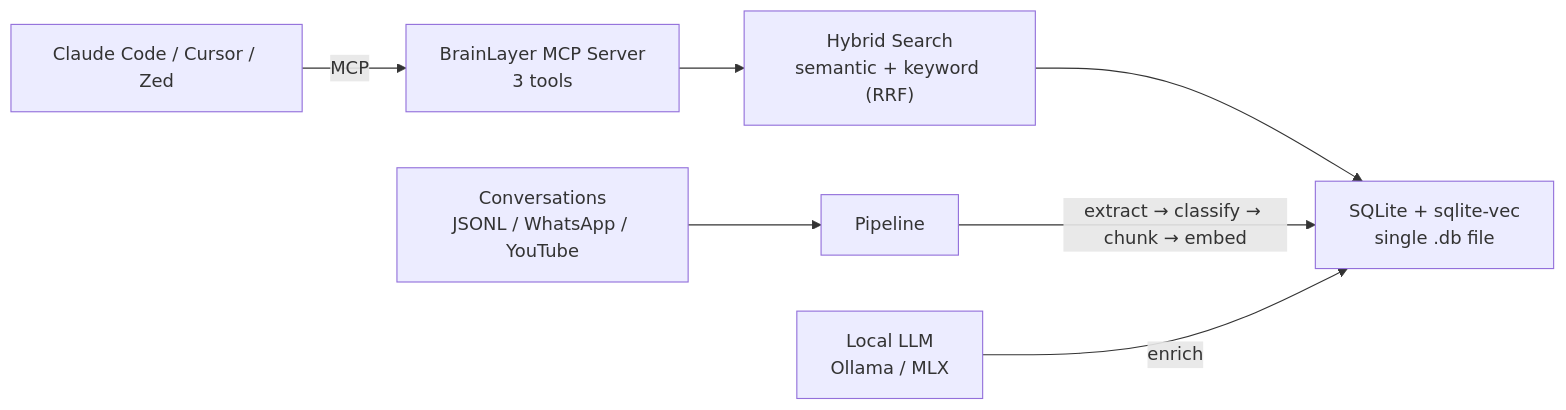
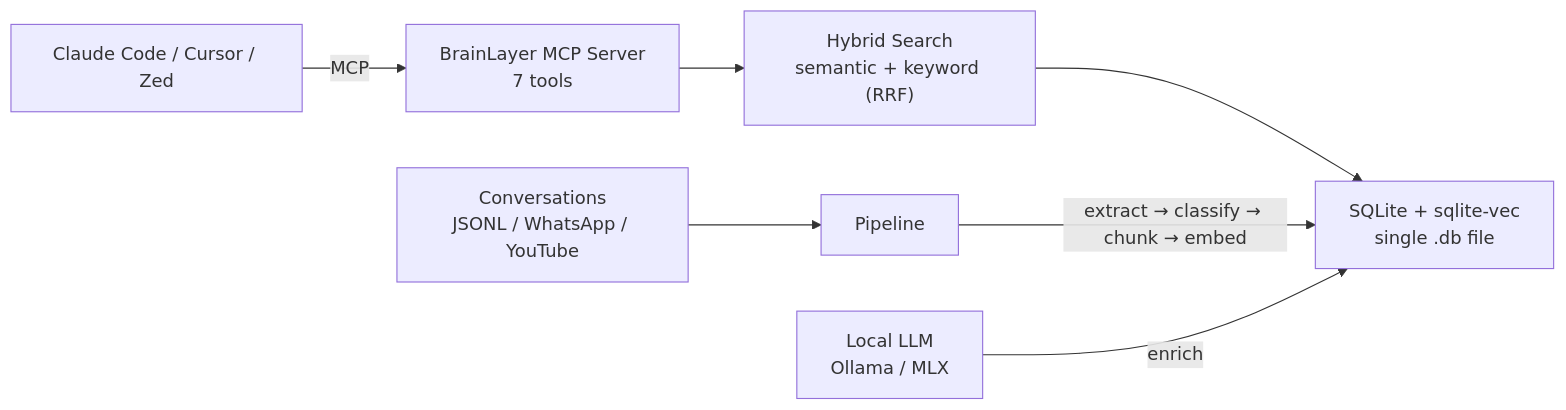
Before and after one commit to EtanHey/brainlayer: the diagram in docs/index.md, drawn with Mermaid. The commit also changed other lines of this file and 3 other files, not shown here.

````diff
--- a/docs/index.md
+++ b/docs/index.md
@@ -46,10 +46,10 @@
 ```mermaid
 graph LR
-    A["Claude Code / Cursor / Zed"] -->|MCP| B["BrainLayer MCP Server<br/>3 tools"]
+    A["Claude Code / Cursor / Zed"] -->|MCP| B["BrainLayer MCP Server<br/>7 tools"]
     B --> C["Hybrid Search<br/>semantic + keyword (RRF)"]
     C --> D["SQLite + sqlite-vec<br/>single .db file"]
 
     E["Conversations<br/>JSONL / WhatsApp / YouTube"] --> F["Pipeline"]
     F -->|extract → classify → chunk → embed| D
     G["Local LLM<br/>Ollama / MLX"] -->|enrich| D
 ```
````
